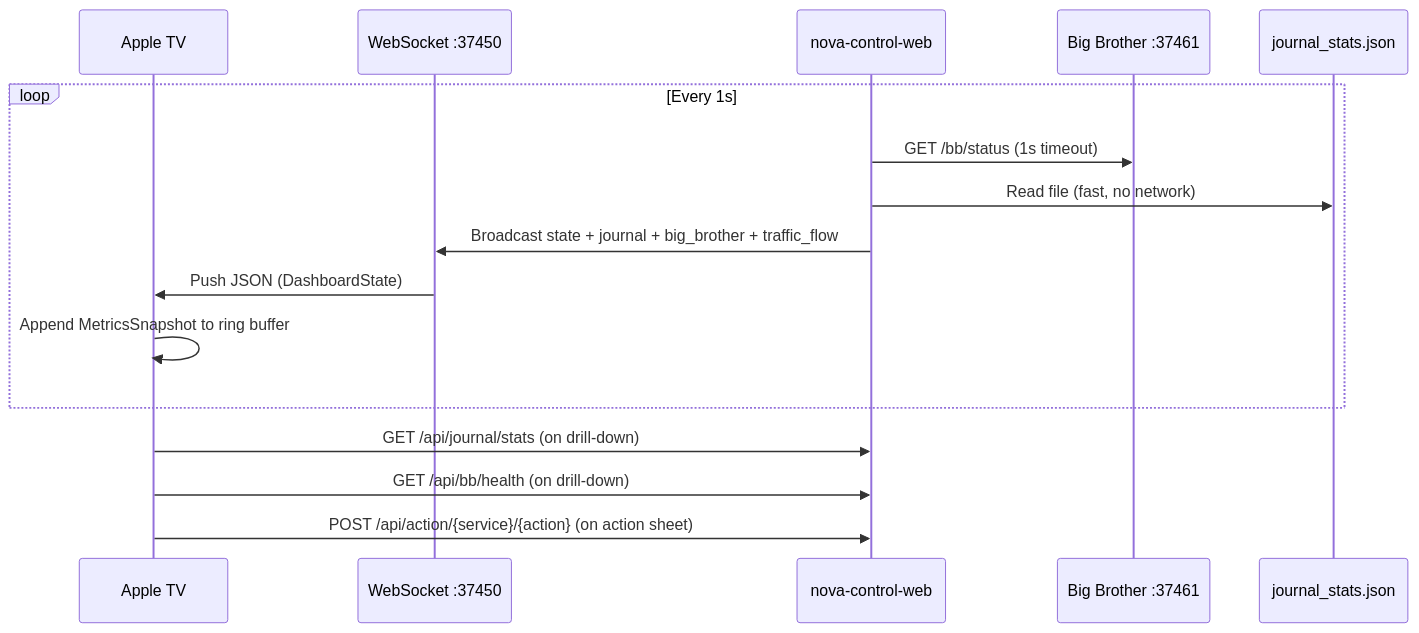
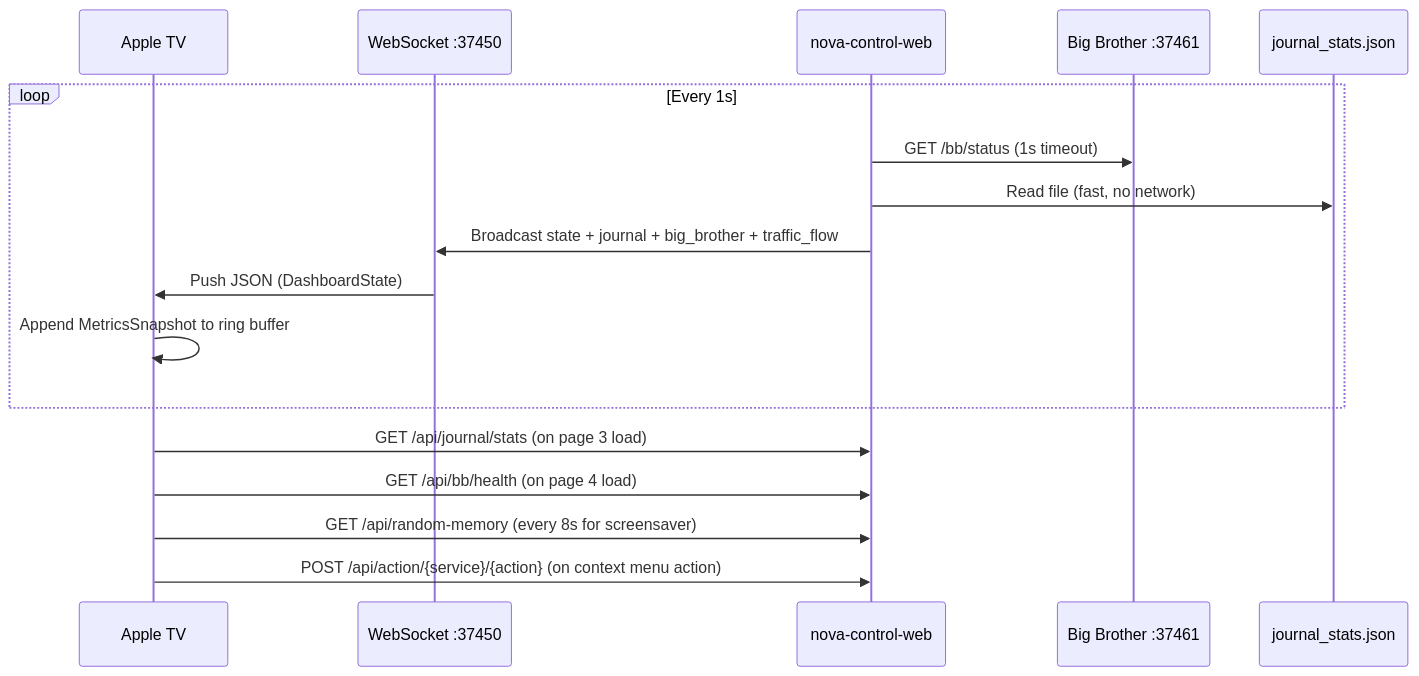
The second of 2 diagrams in README.md (kochj23/NovaTV), drawn with Mermaid before and after one commit. The commit also changed other lines of this file, not shown here.

````diff
--- a/README.md
+++ b/README.md
@@ -147,20 +95,21 @@
 ```mermaid
 sequenceDiagram
     participant TV as Apple TV
     participant WS as WebSocket :37450
     participant NCW as nova-control-web
     participant BB as Big Brother :37461
     participant JS as journal_stats.json
 
     loop Every 1s
         NCW->>BB: GET /bb/status (1s timeout)
         NCW->>JS: Read file (fast, no network)
         NCW->>WS: Broadcast state + journal + big_brother + traffic_flow
         WS->>TV: Push JSON (DashboardState)
         TV->>TV: Append MetricsSnapshot to ring buffer
     end
 
-    TV->>NCW: GET /api/journal/stats (on drill-down)
-    TV->>NCW: GET /api/bb/health (on drill-down)
-    TV->>NCW: POST /api/action/{service}/{action} (on action sheet)
+    TV->>NCW: GET /api/journal/stats (on page 3 load)
+    TV->>NCW: GET /api/bb/health (on page 4 load)
+    TV->>NCW: GET /api/random-memory (every 8s for screensaver)
+    TV->>NCW: POST /api/action/{service}/{action} (on context menu action)
 ```
````
